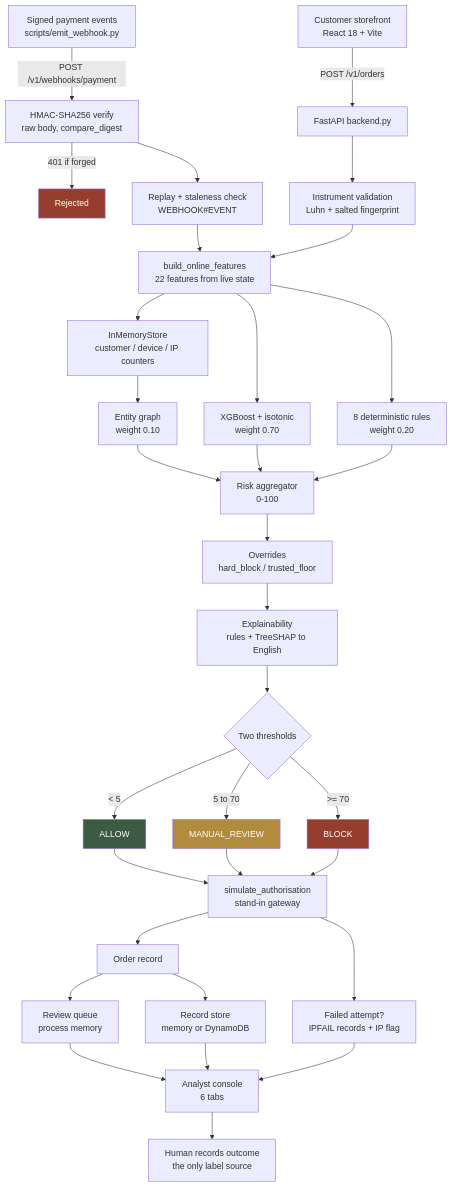
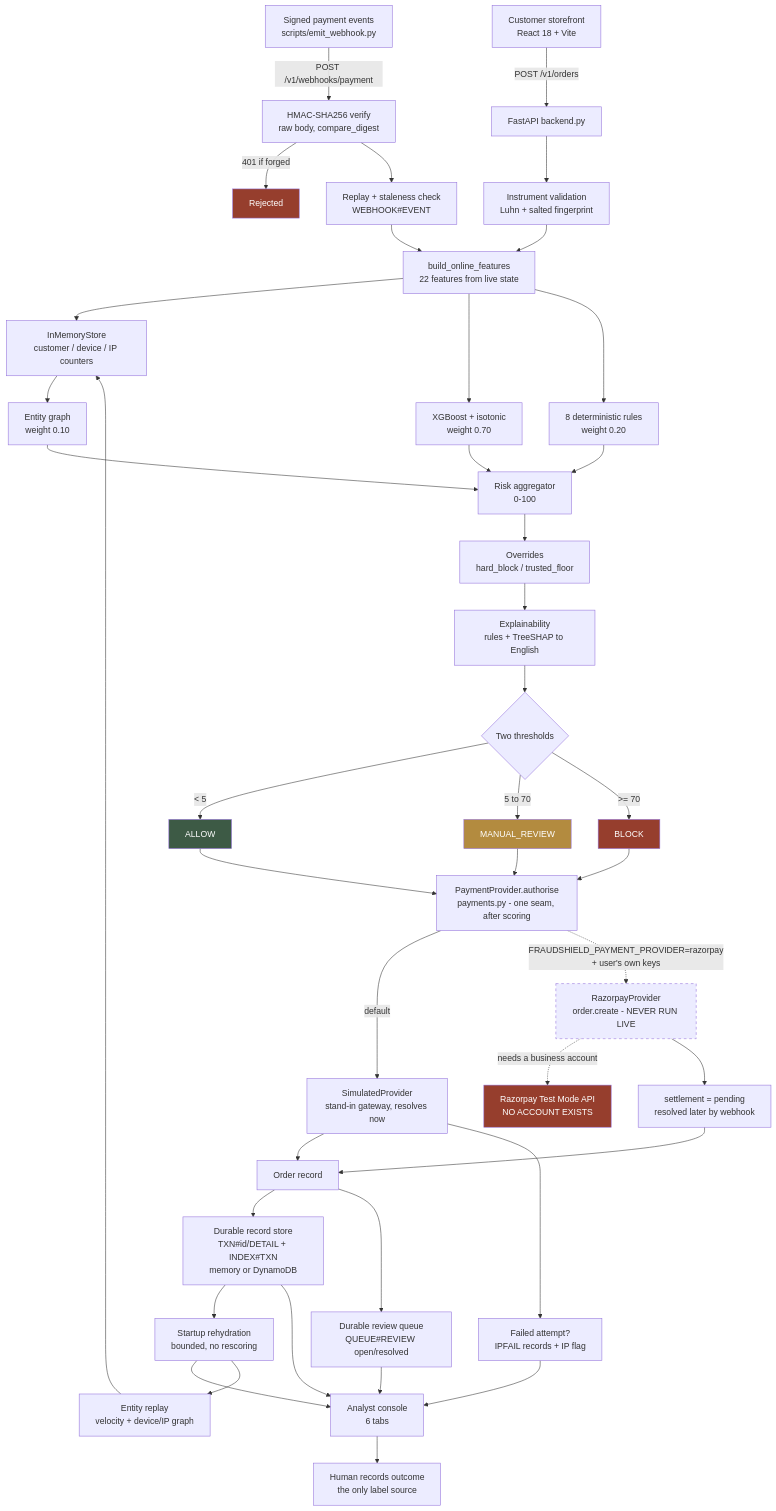
The first of 2 diagrams in README.md (Cyberexe1/Risk_Analyzer), drawn with Mermaid before and after one commit. The commit also changed other lines of this file and 55 other files, not shown here.

First line of the commit message:
feat: add payments, notifications, audit trail, and comprehensive test suite

````diff
--- a/README.md
+++ b/README.md
@@ -106,47 +117,59 @@
 ```mermaid
 flowchart TD
     W["Signed payment events<br/>scripts/emit_webhook.py"] -->|"POST /v1/webhooks/payment"| WV["HMAC-SHA256 verify<br/>raw body, compare_digest"]
     WV -->|"401 if forged"| WX["Rejected"]
     WV --> WI["Replay + staleness check<br/>WEBHOOK#EVENT"]
     WI --> D
 
     A["Customer storefront<br/>React 18 + Vite"] -->|"POST /v1/orders"| B["FastAPI backend.py"]
     B --> C["Instrument validation<br/>Luhn + salted fingerprint"]
     C --> D["build_online_features<br/>22 features from live state"]
     D --> E["InMemoryStore<br/>customer / device / IP counters"]
 
     D --> F["XGBoost + isotonic<br/>weight 0.70"]
     D --> G["8 deterministic rules<br/>weight 0.20"]
     E --> H["Entity graph<br/>weight 0.10"]
 
     F --> I["Risk aggregator<br/>0-100"]
     G --> I
     H --> I
 
     I --> J["Overrides<br/>hard_block / trusted_floor"]
     J --> K["Explainability<br/>rules + TreeSHAP to English"]
     K --> L{"Two thresholds"}
 
     L -->|"< 5"| M["ALLOW"]
     L -->|"5 to 70"| N["MANUAL_REVIEW"]
     L -->|">= 70"| O["BLOCK"]
 
-    M --> P["simulate_authorisation<br/>stand-in gateway"]
-    N --> P
-    O --> P
+    M --> PA["PaymentProvider.authorise<br/>payments.py - one seam, after scoring"]
+    N --> PA
+    O --> PA
+
+    PA -->|"default"| P["SimulatedProvider<br/>stand-in gateway, resolves now"]
+    PA -.->|"FRAUDSHIELD_PAYMENT_PROVIDER=razorpay<br/>+ user's own keys"| PR["RazorpayProvider<br/>order.create - NEVER RUN LIVE"]
+    PR -.->|"needs a business account"| RZ["Razorpay Test Mode API<br/>NO ACCOUNT EXISTS"]
+    PR --> PP["settlement = pending<br/>resolved later by webhook"]
 
     P --> Q["Order record"]
+    PP --> Q
     P --> R["Failed attempt?<br/>IPFAIL records + IP flag"]
-    Q --> S["Review queue<br/>process memory"]
-    Q --> T["Record store<br/>memory or DynamoDB"]
+    Q --> T["Durable record store<br/>TXN#id/DETAIL + INDEX#TXN<br/>memory or DynamoDB"]
+    Q --> S["Durable review queue<br/>QUEUE#REVIEW open/resolved"]
+    T --> RH["Startup rehydration<br/>bounded, no rescoring"]
+    RH --> U
+    RH --> RE["Entity replay<br/>velocity + device/IP graph"]
+    RE --> E
 
     S --> U["Analyst console<br/>6 tabs"]
     R --> U
     T --> U
     U --> V["Human records outcome<br/>the only label source"]
 
     style O fill:#963e2d,color:#fff
     style N fill:#b38b3f,color:#fff
     style M fill:#3d5a45,color:#fff
     style WX fill:#963e2d,color:#fff
+    style RZ fill:#963e2d,color:#fff
+    style PR stroke-dasharray: 5 5
 ```
````
